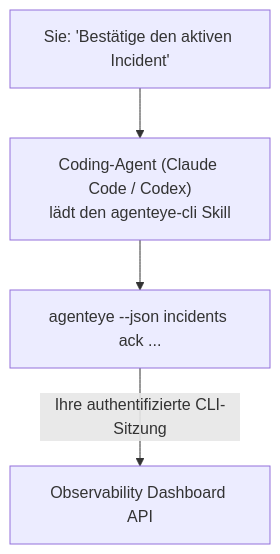
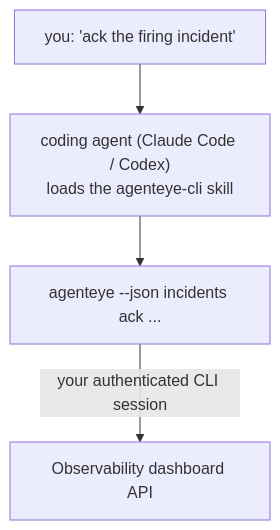
Before and after one commit to GongYuanCaiJi/failproofai: the diagram in docs/de/agenteye/cli-skill.mdx, drawn with Mermaid. The commit also changed other lines of this file and 364 other files, not shown here.

````diff
--- a/docs/de/agenteye/cli-skill.mdx
+++ b/docs/de/agenteye/cli-skill.mdx
@@ -26,6 +28,6 @@
 ```mermaid
 flowchart TD
-    YOU["Sie: 'Bestätige den aktiven Incident'"] --> AGENT["Coding-Agent (Claude Code / Codex)<br/>lädt den agenteye-cli Skill"]
+    YOU["you: 'ack the firing incident'"] --> AGENT["coding agent (Claude Code / Codex)<br/>loads the agenteye-cli skill"]
     AGENT --> CLI["agenteye --json incidents ack ..."]
-    CLI -->|Ihre authentifizierte CLI-Sitzung| API["Observability Dashboard API"]
+    CLI -->|your authenticated CLI session| API["Observability dashboard API"]
 ```
````
